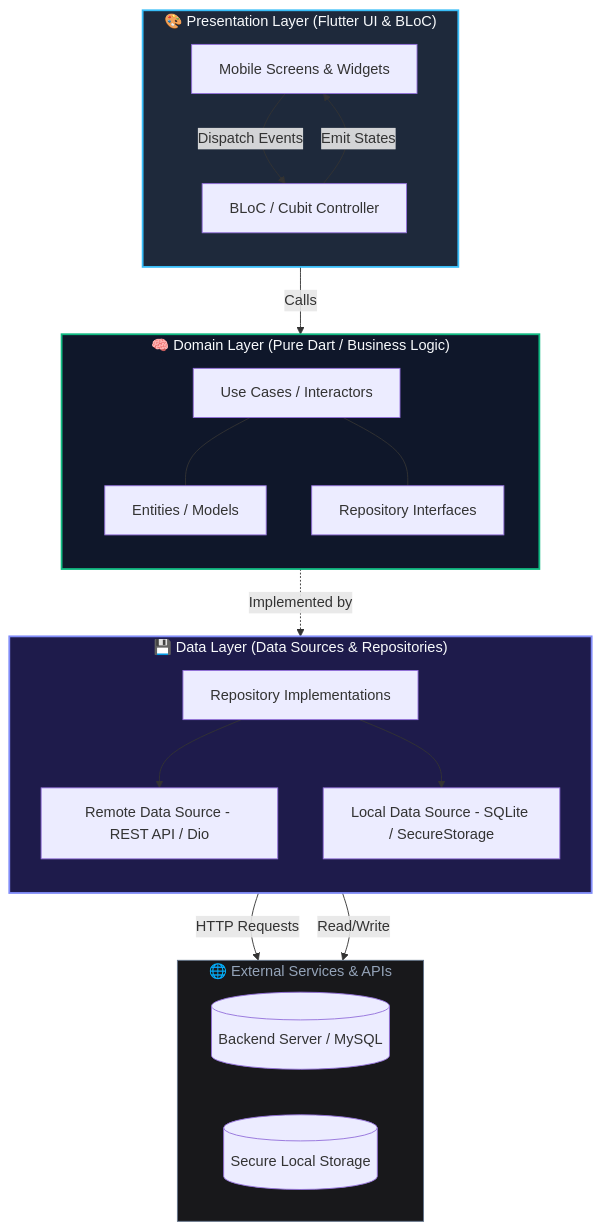
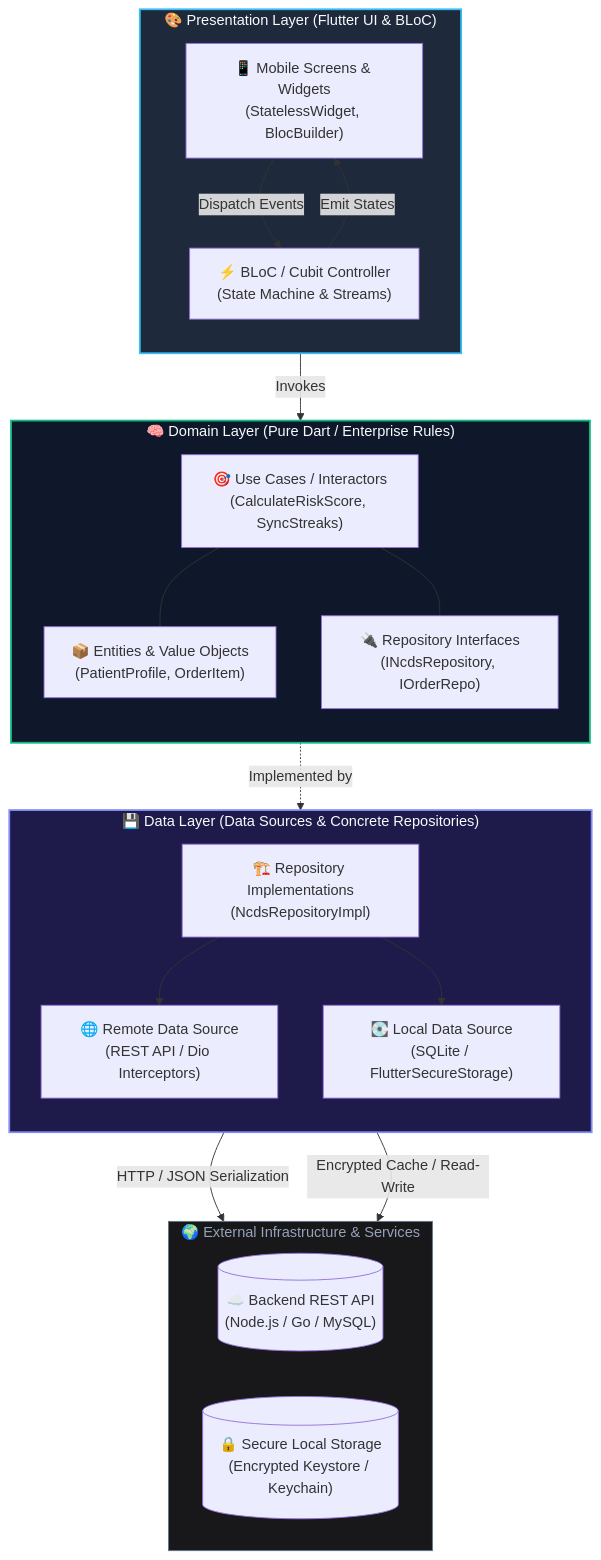
The diagram in README.md (Theeraphat-S/portfolio-web), drawn with Mermaid before and after one commit. The commit also changed other lines of this file, not shown here.

Commit message:
docs: update README.md with comprehensive portfolio features, architecture details, and contact info

````diff
--- a/README.md
+++ b/README.md
@@ -103,48 +86,48 @@
 ```mermaid
 flowchart TD
     subgraph UI_Layer["🎨 Presentation Layer (Flutter UI & BLoC)"]
         direction TB
-        V[Mobile Screens & Widgets] -->|Dispatch Events| B[BLoC / Cubit Controller]
+        V["📱 Mobile Screens & Widgets<br/>(StatelessWidget, BlocBuilder)"] -->|Dispatch Events| B["⚡ BLoC / Cubit Controller<br/>(State Machine & Streams)"]
         B -->|Emit States| V
     end
 
-    subgraph Domain_Layer["🧠 Domain Layer (Pure Dart / Business Logic)"]
+    subgraph Domain_Layer["🧠 Domain Layer (Pure Dart / Enterprise Rules)"]
         direction TB
-        UC[Use Cases / Interactors]
-        E[Entities / Models]
-        IR[Repository Interfaces]
+        UC["🎯 Use Cases / Interactors<br/>(CalculateRiskScore, SyncStreaks)"]
+        E["📦 Entities & Value Objects<br/>(PatientProfile, OrderItem)"]
+        IR["🔌 Repository Interfaces<br/>(INcdsRepository, IOrderRepo)"]
         UC --- E
         UC --- IR
     end
 
-    subgraph Data_Layer["💾 Data Layer (Data Sources & Repositories)"]
+    subgraph Data_Layer["💾 Data Layer (Data Sources & Concrete Repositories)"]
         direction TB
-        R[Repository Implementations]
-        RDS[Remote Data Source - REST API / Dio]
-        LDS[Local Data Source - SQLite / SecureStorage]
+        R["🏗️ Repository Implementations<br/>(NcdsRepositoryImpl)"]
+        RDS["🌐 Remote Data Source<br/>(REST API / Dio Interceptors)"]
+        LDS["💽 Local Data Source<br/>(SQLite / FlutterSecureStorage)"]
         R --> RDS
         R --> LDS
     end
 
-    subgraph External["🌐 External Services & APIs"]
+    subgraph External["🌍 External Infrastructure & Services"]
         direction LR
-        API[(Backend Server / MySQL)]
-        SEC[(Secure Local Storage)]
+        API[("☁️ Backend REST API<br/>(Node.js / Go / MySQL)")]
+        SEC[("🔒 Secure Local Storage<br/>(Encrypted Keystore / Keychain)")]
     end
 
-    %% Connections
-    B -->|Calls| UC
+    %% Flow Connections
+    B -->|Invokes| UC
     IR -.->|Implemented by| R
-    RDS -->|HTTP Requests| API
-    LDS -->|Read/Write| SEC
+    RDS -->|HTTP / JSON Serialization| API
+    LDS -->|Encrypted Cache / Read-Write| SEC
 
     classDef ui fill:#1e293b,stroke:#38bdf8,stroke-width:2px,color:#f8fafc;
     classDef domain fill:#0f172a,stroke:#10b981,stroke-width:2px,color:#f8fafc;
     classDef data fill:#1e1b4b,stroke:#818cf8,stroke-width:2px,color:#f8fafc;
     classDef ext fill:#18181b,stroke:#64748b,stroke-width:1px,color:#94a3b8;
 
     class UI_Layer ui;
     class Domain_Layer domain;
     class Data_Layer data;
     class External ext;
 ```
````
